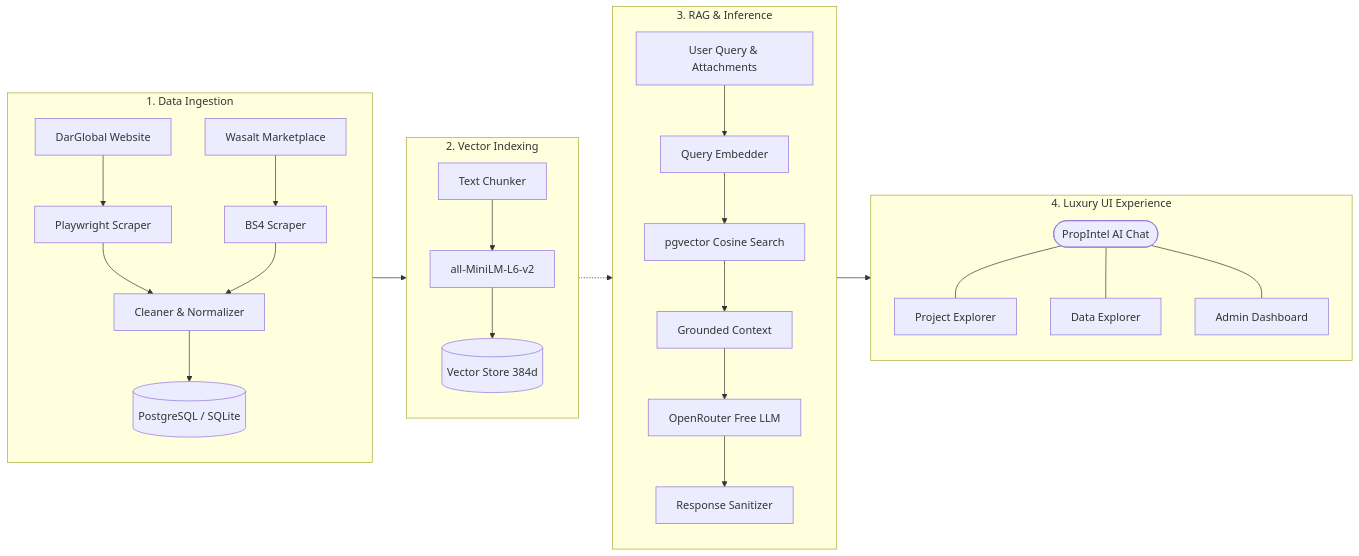
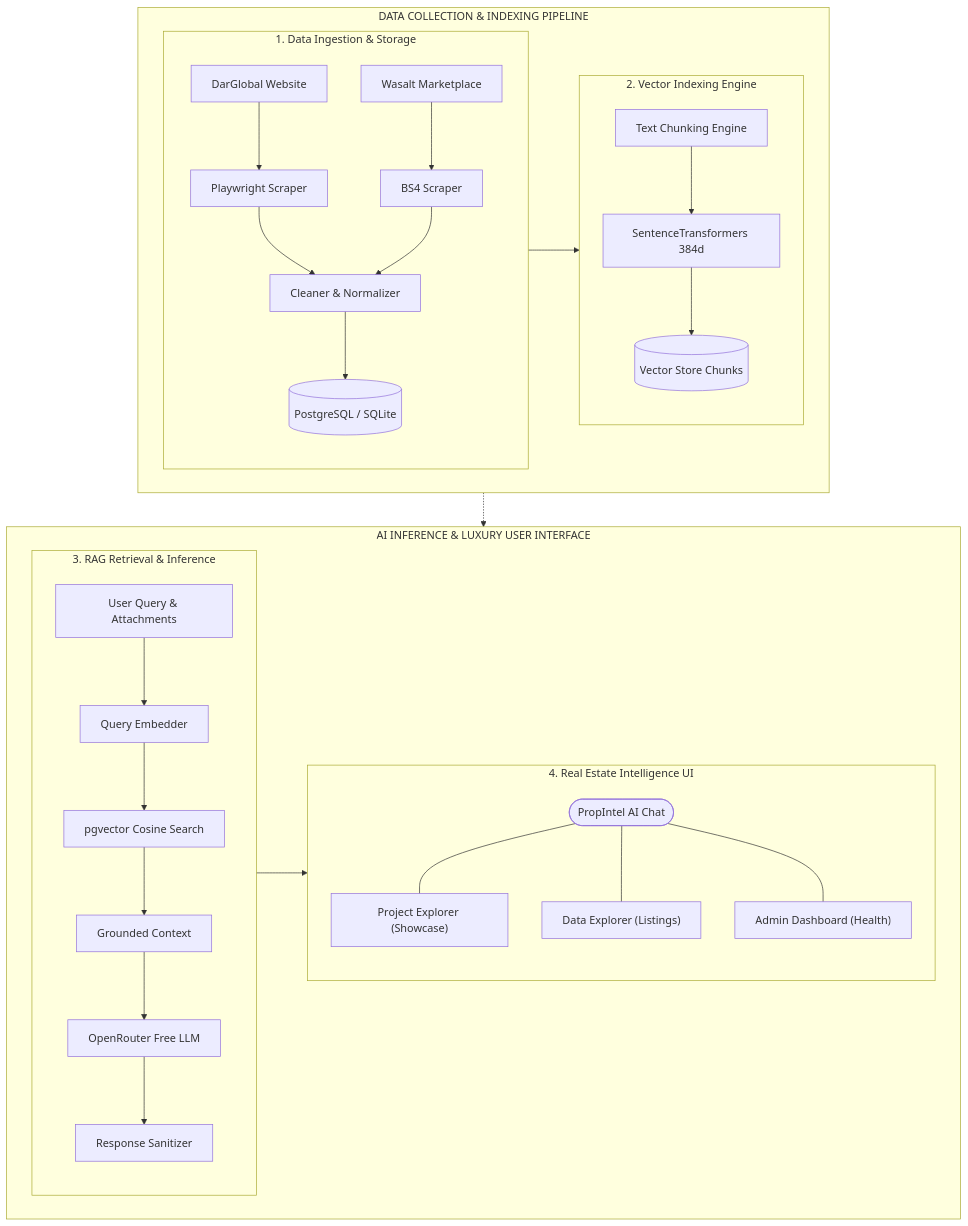
One commit to jaya-sri6/PropIntel-AI-Real-Estate-Assistant changed the diagram in README.md. Above: the diagram before and after it, drawn with Mermaid.

Commit message:
docs: structure architecture diagram as 2x2 grid (2 top, 2 bottom)

````diff
--- a/README.md
+++ b/README.md
@@ -9,41 +9,49 @@
 ```mermaid
-flowchart LR
-    subgraph S1["1. Data Ingestion"]
-        direction TB
-        DG["DarGlobal Website"] --> DGS["Playwright Scraper"]
-        WS["Wasalt Marketplace"] --> WSS["BS4 Scraper"]
-        DGS --> DC["Cleaner & Normalizer"]
-        WSS --> DC
-        DC --> DB[("PostgreSQL / SQLite")]
+flowchart TB
+    subgraph TOP["DATA COLLECTION & INDEXING PIPELINE"]
+        direction LR
+        subgraph S1["1. Data Ingestion & Storage"]
+            direction TB
+            DG["DarGlobal Website"] --> DGS["Playwright Scraper"]
+            WS["Wasalt Marketplace"] --> WSS["BS4 Scraper"]
+            DGS --> DC["Cleaner & Normalizer"]
+            WSS --> DC
+            DC --> DB[("PostgreSQL / SQLite")]
+        end
+
+        subgraph S2["2. Vector Indexing Engine"]
+            direction TB
+            TC["Text Chunking Engine"] --> EMB["SentenceTransformers 384d"]
+            EMB --> VEC[("Vector Store Chunks")]
+        end
+
+        DB --> TC
     end
 
-    subgraph S2["2. Vector Indexing"]
-        direction TB
-        TC["Text Chunker"] --> EMB["all-MiniLM-L6-v2"]
-        EMB --> VEC[("Vector Store 384d")]
+    subgraph BOTTOM["AI INFERENCE & LUXURY USER INTERFACE"]
+        direction LR
+        subgraph S3["3. RAG Retrieval & Inference"]
+            direction TB
+            Query["User Query & Attachments"] --> EmbedQ["Query Embedder"]
+            EmbedQ --> Ret["pgvector Cosine Search"]
+            Ret --> Ctx["Grounded Context"]
+            Ctx --> LLM["OpenRouter Free LLM"]
+            LLM --> Clean["Response Sanitizer"]
+        end
+
+        subgraph S4["4. Real Estate Intelligence UI"]
+            direction TB
+            UI(["PropIntel AI Chat"])
+            PE["Project Explorer (Showcase)"]
+            DE["Data Explorer (Listings)"]
+            AD["Admin Dashboard (Health)"]
+            UI --- PE
+            UI --- DE
+            UI --- AD
+        end
+
+        Clean --> UI
     end
 
-    subgraph S3["3. RAG & Inference"]
-        direction TB
-        Query["User Query & Attachments"] --> EmbedQ["Query Embedder"]
-        EmbedQ --> Ret["pgvector Cosine Search"]
-        Ret --> Ctx["Grounded Context"]
-        Ctx --> LLM["OpenRouter Free LLM"]
-        LLM --> Clean["Response Sanitizer"]
-    end
-
-    subgraph S4["4. Luxury UI Experience"]
-        direction TB
-        UI(["PropIntel AI Chat"])
-        PE["Project Explorer"]
-        DE["Data Explorer"]
-        AD["Admin Dashboard"]
-        UI --- PE
-        UI --- DE
-        UI --- AD
-    end
-
-    DB --> TC
     VEC -.-> Ret
-    Clean --> UI
 ```
````
